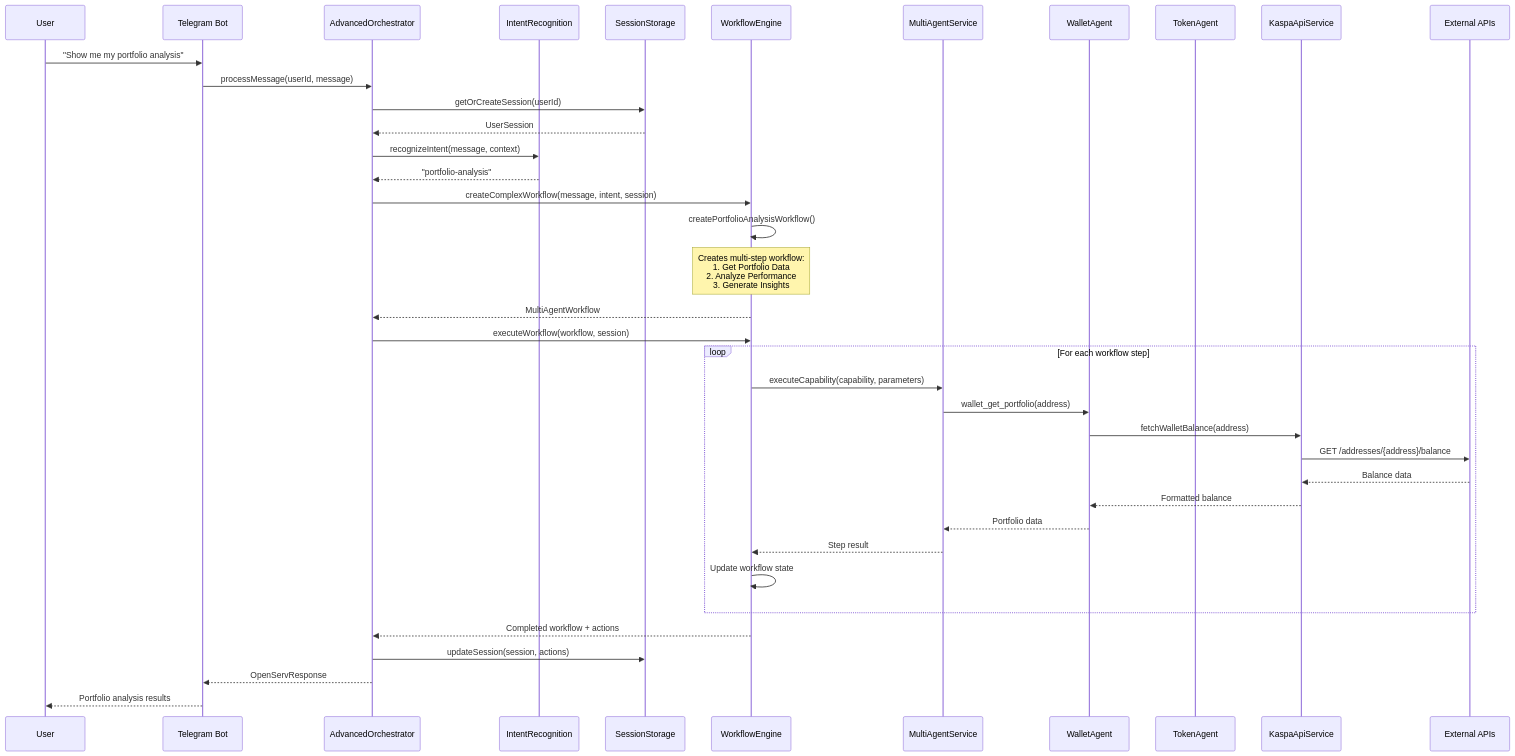
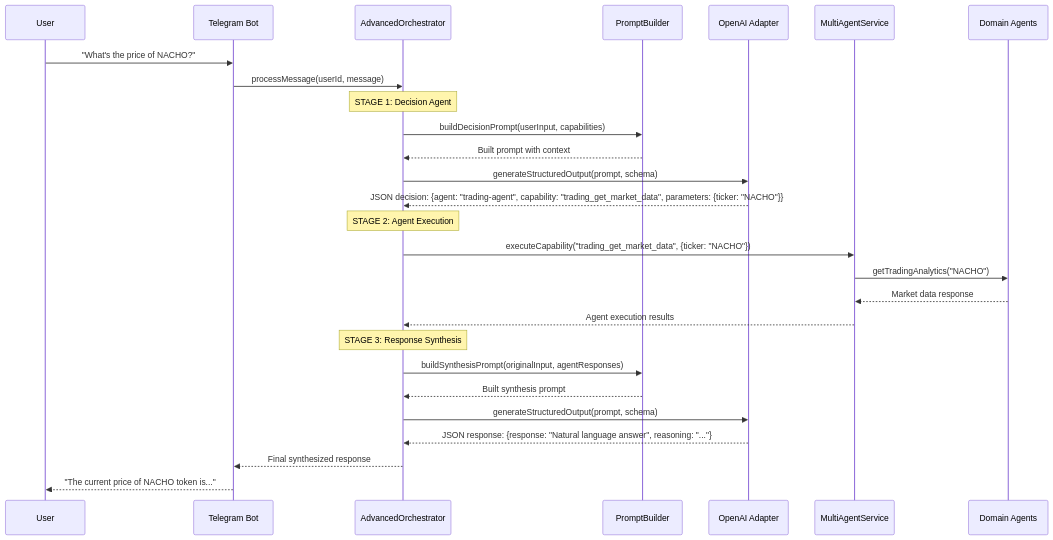
Before and after one commit to KASPACOM/ai-agent: the second of 2 diagrams in README.md, drawn with Mermaid. The commit also changed other lines of this file, not shown here.

````diff
--- a/README.md
+++ b/README.md
@@ -101,49 +90,34 @@
 ```mermaid
 sequenceDiagram
     participant User
     participant TG as Telegram Bot
     participant ORCH as AdvancedOrchestrator
-    participant INTENT as IntentRecognition
-    participant SESSION as SessionStorage
-    participant WF as WorkflowEngine
+    participant PROMPT as PromptBuilder
+    participant LLM as OpenAI Adapter
     participant MULTI as MultiAgentService
-    participant WALLET as WalletAgent
-    participant TOKEN as TokenAgent
-    participant KASPA as KaspaApiService
-    participant API as External APIs
+    participant AGENTS as Domain Agents
     
-    User->>TG: "Show me my portfolio analysis"
+    User->>TG: "What's the price of NACHO?"
     TG->>ORCH: processMessage(userId, message)
     
-    ORCH->>SESSION: getOrCreateSession(userId)
-    SESSION-->>ORCH: UserSession
+    Note over ORCH: STAGE 1: Decision Agent
+    ORCH->>PROMPT: buildDecisionPrompt(userInput, capabilities)
+    PROMPT-->>ORCH: Built prompt with context
+    ORCH->>LLM: generateStructuredOutput(prompt, schema)
+    LLM-->>ORCH: JSON decision: {agent: "trading-agent", capability: "trading_get_market_data", parameters: {ticker: "NACHO"}}
     
-    ORCH->>INTENT: recognizeIntent(message, context)
-    INTENT-->>ORCH: "portfolio-analysis"
+    Note over ORCH: STAGE 2: Agent Execution
+    ORCH->>MULTI: executeCapability("trading_get_market_data", {ticker: "NACHO"})
+    MULTI->>AGENTS: getTradingAnalytics("NACHO")
+    AGENTS-->>MULTI: Market data response
+    MULTI-->>ORCH: Agent execution results
     
-    ORCH->>WF: createComplexWorkflow(message, intent, session)
+    Note over ORCH: STAGE 3: Response Synthesis
+    ORCH->>PROMPT: buildSynthesisPrompt(originalInput, agentResponses)
+    PROMPT-->>ORCH: Built synthesis prompt
+    ORCH->>LLM: generateStructuredOutput(prompt, schema)
+    LLM-->>ORCH: JSON response: {response: "Natural language answer", reasoning: "..."}
     
-    WF->>WF: createPortfolioAnalysisWorkflow()
-    Note over WF: Creates multi-step workflow:<br/>1. Get Portfolio Data<br/>2. Analyze Performance<br/>3. Generate Insights
-    
-    WF-->>ORCH: MultiAgentWorkflow
-    
-    ORCH->>WF: executeWorkflow(workflow, session)
-    
-    loop For each workflow step
-        WF->>MULTI: executeCapability(capability, parameters)
-        MULTI->>WALLET: wallet_get_portfolio(address)
-        WALLET->>KASPA: fetchWalletBalance(address)
-        KASPA->>API: GET /addresses/{address}/balance
-        API-->>KASPA: Balance data
-        KASPA-->>WALLET: Formatted balance
-        WALLET-->>MULTI: Portfolio data
-        MULTI-->>WF: Step result
-        WF->>WF: Update workflow state
-    end
-    
-    WF-->>ORCH: Completed workflow + actions
-    ORCH->>SESSION: updateSession(session, actions)
-    ORCH-->>TG: OpenServResponse
-    TG-->>User: Portfolio analysis results
+    ORCH-->>TG: Final synthesized response
+    TG-->>User: "The current price of NACHO token is..."
 ```
````
